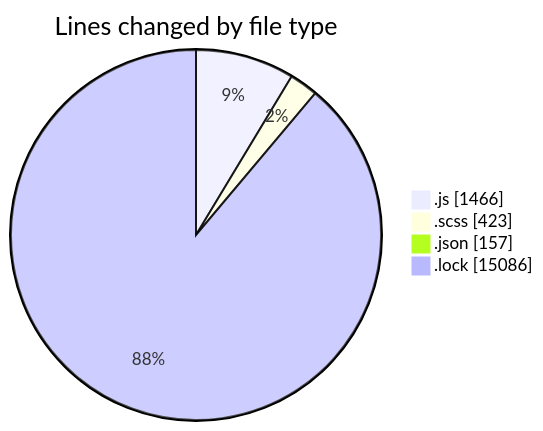
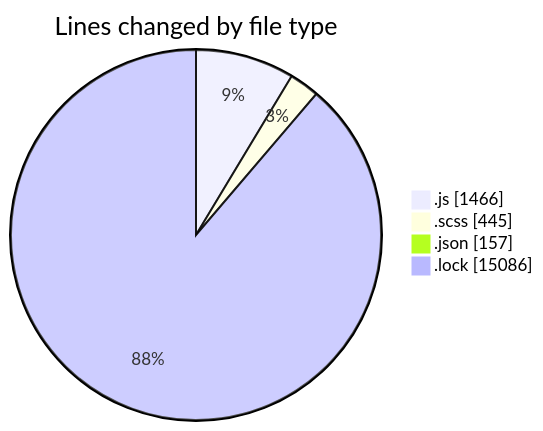
Before and after one commit to momahboobian/code-tracking: the first of 2 diagrams in 2026-01-05/cda/README.md, drawn with Mermaid. The commit also changed other lines of this file and 1 other file, not shown here.

````diff
--- a/2026-01-05/cda/README.md
+++ b/2026-01-05/cda/README.md
@@ -38,8 +38,8 @@
 ```mermaid
 pie showData
 title Lines changed by file type
 ".js" : 1466
-".scss" : 423
+".scss" : 445
 ".json" : 157
 ".lock" : 15086
 ```
````
